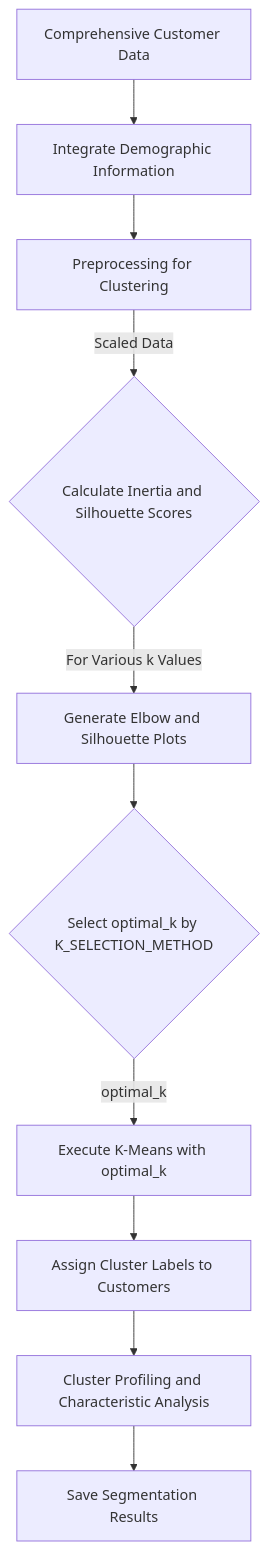
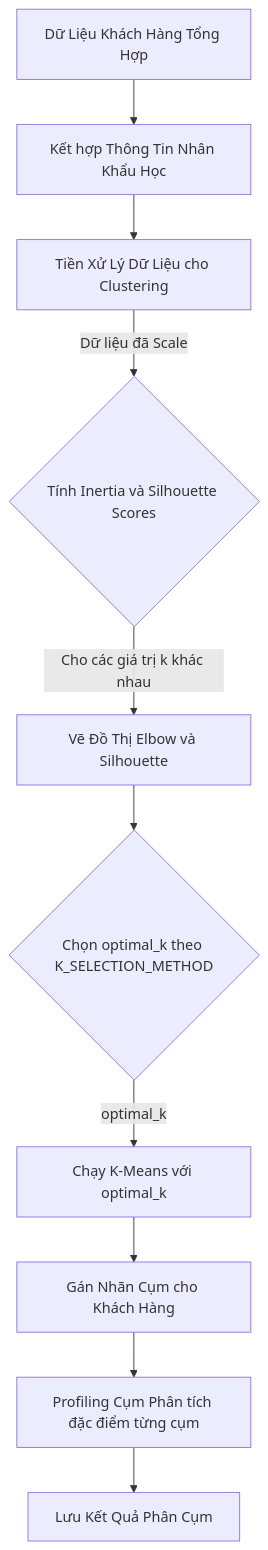
Before and after one commit to ShayNeeo/confess-crush: the eighth of 8 diagrams in question.md, drawn with Mermaid. The commit also changed other lines of this file, not shown here.

````diff
--- a/question.md
+++ b/question.md
@@ -236,12 +190,12 @@
-```mermaid
-graph TD
-    A[Comprehensive Customer Data] --> B[Integrate Demographic Information];
-    B --> C[Preprocessing for Clustering];
-    C -- Scaled Data --> D{Calculate Inertia and Silhouette Scores};
-    D -- For Various k Values --> E[Generate Elbow and Silhouette Plots];
-    E --> F{Select optimal_k by K_SELECTION_METHOD};
-    F -- optimal_k --> G[Execute K-Means with optimal_k];
-    G --> H[Assign Cluster Labels to Customers];
-    H --> I[Cluster Profiling and Characteristic Analysis];
-    I --> J[Save Segmentation Results];
-```
+    ```mermaid
+    graph TD
+        A[Dữ Liệu Khách Hàng Tổng Hợp] --> B[Kết hợp Thông Tin Nhân Khẩu Học];
+        B --> C[Tiền Xử Lý Dữ Liệu cho Clustering];
+        C -- Dữ liệu đã Scale --> D{Tính Inertia và Silhouette Scores};
+        D -- Cho các giá trị k khác nhau --> E[Vẽ Đồ Thị Elbow và Silhouette];
+        E --> F{Chọn optimal_k theo K_SELECTION_METHOD};
+        F -- optimal_k --> G[Chạy K-Means với optimal_k];
+        G --> H[Gán Nhãn Cụm cho Khách Hàng];
+        H --> I[Profiling Cụm Phân tích đặc điểm từng cụm];
+        I --> J[Lưu Kết Quả Phân Cụm];
+    ```
````
